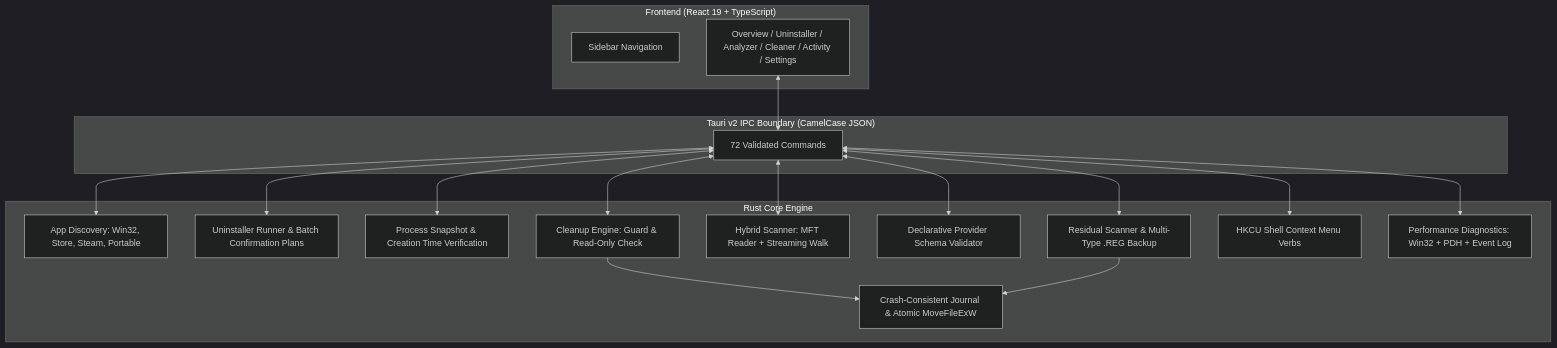
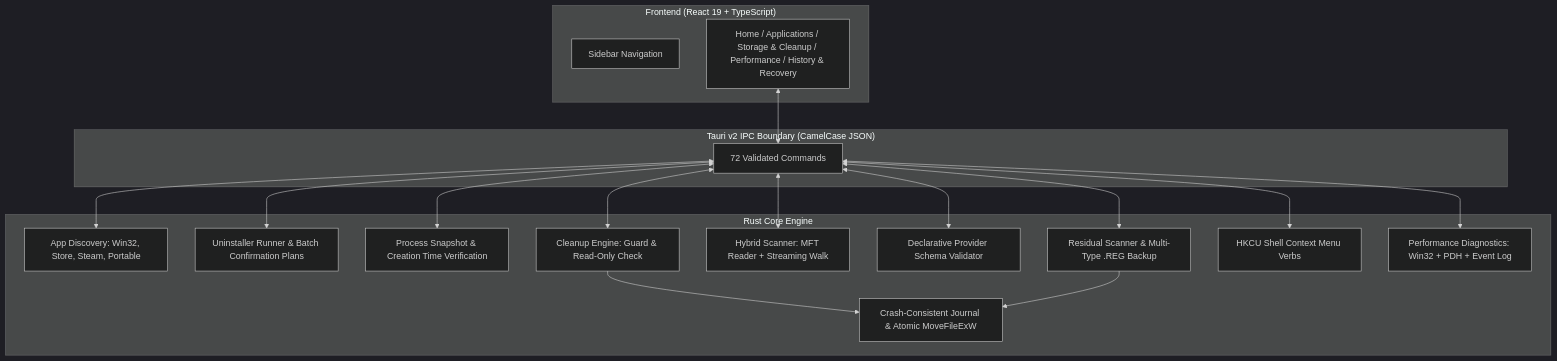
One commit to Ry0x7/cyron-uninstaller changed the diagram in README.md. Above: the diagram before and after it, drawn with Mermaid (dark theme). The commit also changed other lines of this file and 72 other files, not shown here.

````diff
--- a/README.md
+++ b/README.md
@@ -76,37 +81,37 @@
 ```mermaid
 flowchart TD
     subgraph UI ["Frontend (React 19 + TypeScript)"]
         Nav[Sidebar Navigation]
-        Views[Overview / Uninstaller / Analyzer / Cleaner / Activity / Settings]
+        Views[Home / Applications / Storage & Cleanup / Performance / History & Recovery]
     end
 
     subgraph IPC ["Tauri v2 IPC Boundary (CamelCase JSON)"]
         Cmds[72 Validated Commands]
     end
 
     subgraph Backend ["Rust Core Engine"]
         AppMgr[App Discovery: Win32, Store, Steam, Portable]
         Uninst[Uninstaller Runner & Batch Confirmation Plans]
         ProcMgr[Process Snapshot & Creation Time Verification]
         LeftoverMgr[Residual Scanner & Multi-Type .REG Backup]
         Scanner[Hybrid Scanner: MFT Reader + Streaming Walk]
         ProvMgr[Declarative Provider Schema Validator]
         CleanupEng[Cleanup Engine: Guard & Read-Only Check]
         Quarantine[Crash-Consistent Journal & Atomic MoveFileExW]
         ExplorerMgr[HKCU Shell Context Menu Verbs]
         PerfMgr[Performance Diagnostics: Win32 + PDH + Event Log]
     end
 
     Views <--> Cmds
     Cmds <--> AppMgr
     Cmds <--> Uninst
     Cmds <--> ProcMgr
     Cmds <--> LeftoverMgr
     Cmds <--> Scanner
     Cmds <--> ProvMgr
     Cmds <--> CleanupEng
     Cmds <--> ExplorerMgr
     Cmds <--> PerfMgr
     CleanupEng --> Quarantine
     LeftoverMgr --> Quarantine
 ```
````
